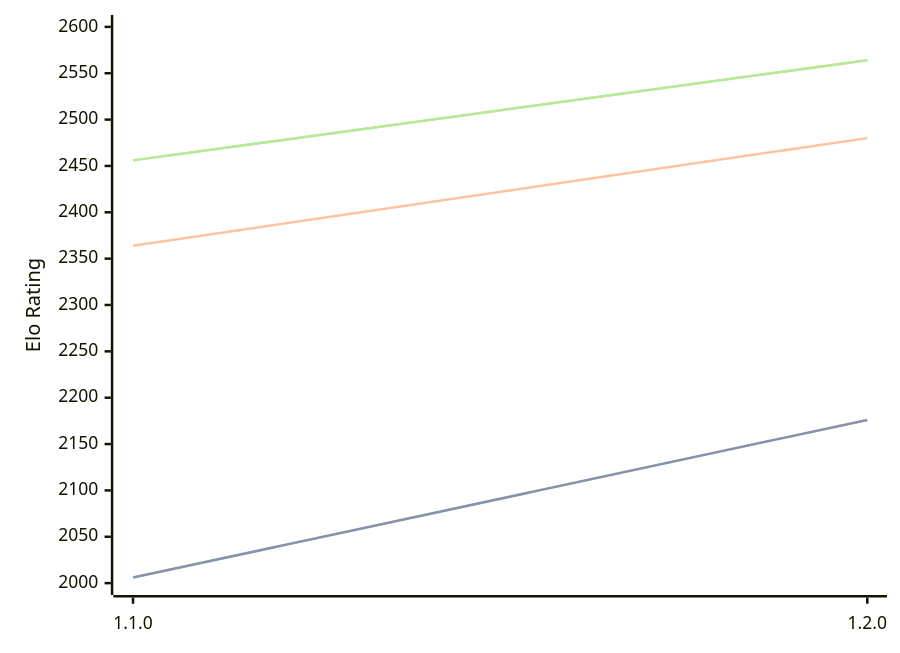
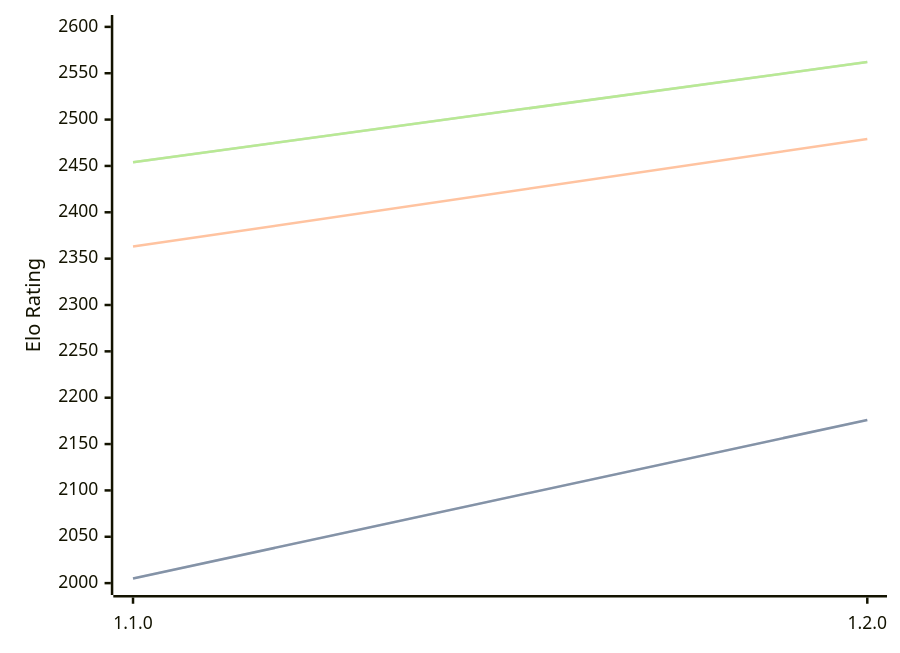
The diagram in engines/Gyatso.md (computer-chess-index/cci), drawn with Mermaid before and after one commit. The commit also changed other lines of this file, not shown here.

Commit message:
Update CCI Ratings (ELO VLTC) - 2026-02-18

````diff
--- a/engines/Gyatso.md
+++ b/engines/Gyatso.md
@@ -30,11 +30,11 @@
 ```mermaid
 %%{init: {"theme":"base","themeVariables":{"seriesColors:['#a3a3a3','#222221','#faa371']}}}%%
 xychart-beta
   x-axis ["1.1.0", "1.2.0"]
   y-axis "Elo Rating" 2000 --> 2600
-  line "STC (8.0+0.08s)" [2006, 2176]
-  line "STC (8.0+0.08s)" [2006, 2176]
-  line "LTC (60.0+0.60s)" [2364, 2480]
-  line "VLTC (2m24s+1.12s)" [2456, 2564]
-  line "VLTC (2m24s+1.12s)" [2456, 2564]
+  line "STC (8.0+0.08s)" [2005, 2176]
+  line "STC (8.0+0.08s)" [2005, 2176]
+  line "LTC (60.0+0.60s)" [2363, 2479]
+  line "VLTC (2m24s+1.12s)" [2454, 2562]
+  line "VLTC (2m24s+1.12s)" [2454, 2562]
 ```
````
